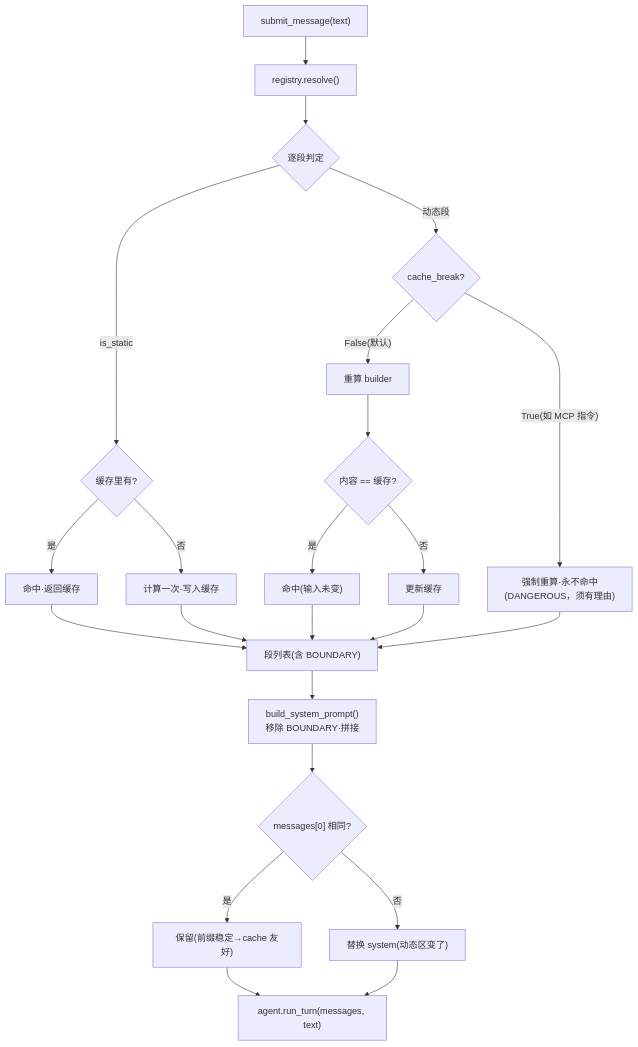
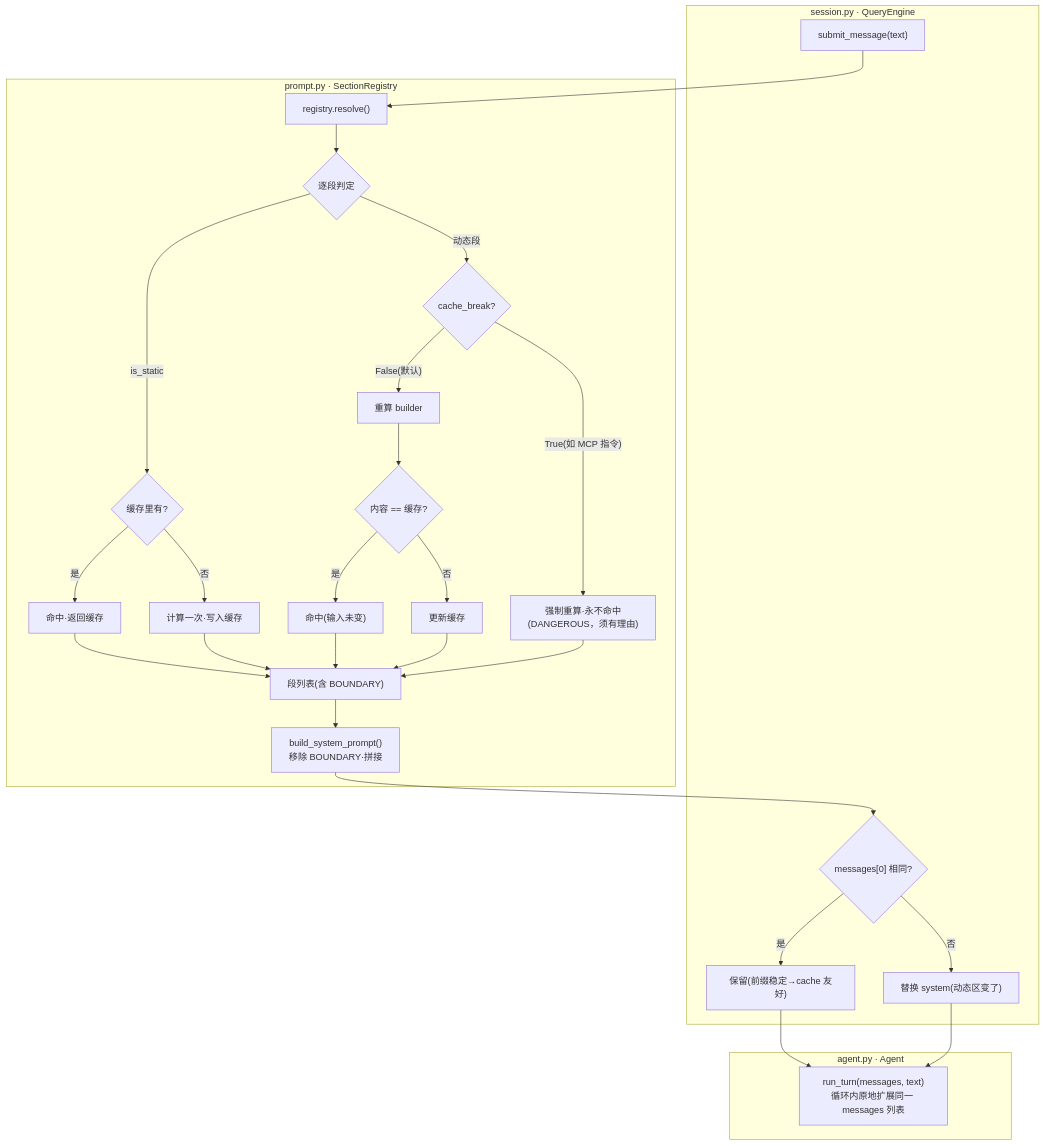
The first of 2 diagrams in docs/iterations/05-context.md (meetzouxu/agent-mini-harness), drawn with Mermaid before and after one commit. The commit also changed other lines of this file and 3 other files, not shown here.

First line of the commit message:
docs: add module ownership grouping to diagrams

````diff
--- a/docs/iterations/05-context.md
+++ b/docs/iterations/05-context.md
@@ -60,24 +60,51 @@
 ```mermaid
 flowchart TD
-    A["submit_message(text)"] --> B["registry.resolve()"]
-    B --> S{"逐段判定"}
-    S -->|"is_static"| S1{"缓存里有?"}
-    S1 -->|是| H1["命中·返回缓存"]
-    S1 -->|否| C1["计算一次·写入缓存"]
-    S -->|"动态段"| S2{"cache_break?"}
-    S2 -->|"False(默认)"| C2["重算 builder"] --> CMP{"内容 == 缓存?"}
-    CMP -->|是| H2["命中(输入未变)"]
-    CMP -->|否| U["更新缓存"]
-    S2 -->|"True(如 MCP 指令)"| C3["强制重算·永不命中<br/>(DANGEROUS，须有理由)"]
-    H1 --> R["段列表(含 BOUNDARY)"]
-    C1 --> R
-    H2 --> R
-    U --> R
-    C3 --> R
-    R --> F["build_system_prompt()<br/>移除 BOUNDARY·拼接"]
-    F --> G{"messages[0] 相同?"}
-    G -->|是| K["保留(前缀稳定→cache 友好)"]
-    G -->|否| K2["替换 system(动态区变了)"]
-    K --> T["agent.run_turn(messages, text)"]
+    subgraph SESSION["session.py · QueryEngine"]
+        A["submit_message(text)"]
+        G{"messages[0] 相同?"}
+        K["保留(前缀稳定→cache 友好)"]
+        K2["替换 system(动态区变了)"]
+        G -->|是| K
+        G -->|否| K2
+    end
+
+    subgraph PROMPT["prompt.py · SectionRegistry"]
+        B["registry.resolve()"]
+        S{"逐段判定"}
+        S1{"缓存里有?"}
+        H1["命中·返回缓存"]
+        C1["计算一次·写入缓存"]
+        S2{"cache_break?"}
+        C2["重算 builder"]
+        CMP{"内容 == 缓存?"}
+        H2["命中(输入未变)"]
+        U["更新缓存"]
+        C3["强制重算·永不命中<br/>(DANGEROUS，须有理由)"]
+        R["段列表(含 BOUNDARY)"]
+        F["build_system_prompt()<br/>移除 BOUNDARY·拼接"]
+        B --> S
+        S -->|"is_static"| S1
+        S1 -->|是| H1
+        S1 -->|否| C1
+        S -->|"动态段"| S2
+        S2 -->|"False(默认)"| C2 --> CMP
+        CMP -->|是| H2
+        CMP -->|否| U
+        S2 -->|"True(如 MCP 指令)"| C3
+        H1 --> R
+        C1 --> R
+        H2 --> R
+        U --> R
+        C3 --> R
+        R --> F
+    end
+
+    subgraph AGENT["agent.py · Agent"]
+        T["run_turn(messages, text)<br/>循环内原地扩展同一 messages 列表"]
+    end
+
+    A --> B
+    F --> G
+    K --> T
     K2 --> T
 ```
````
